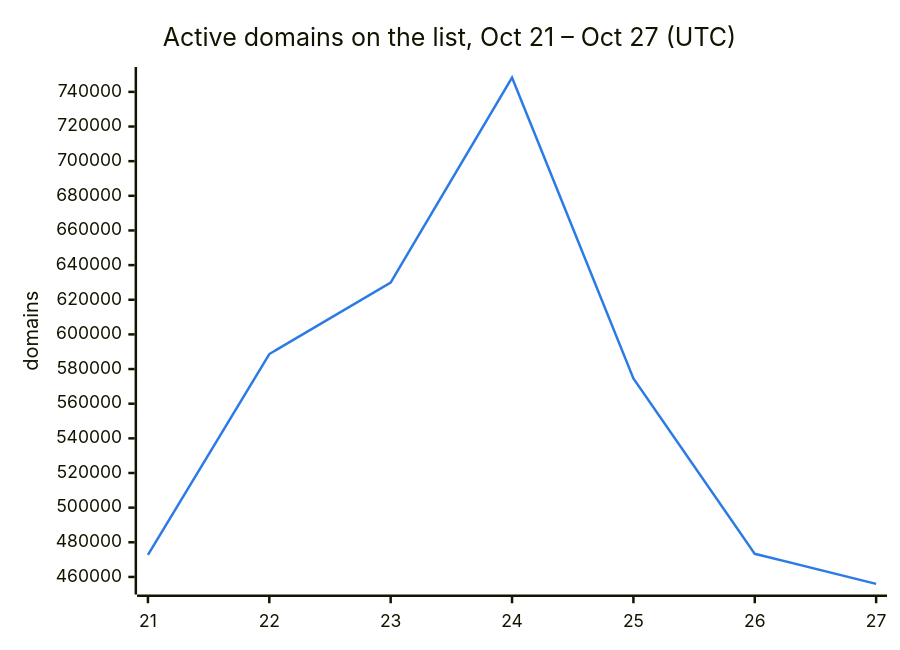
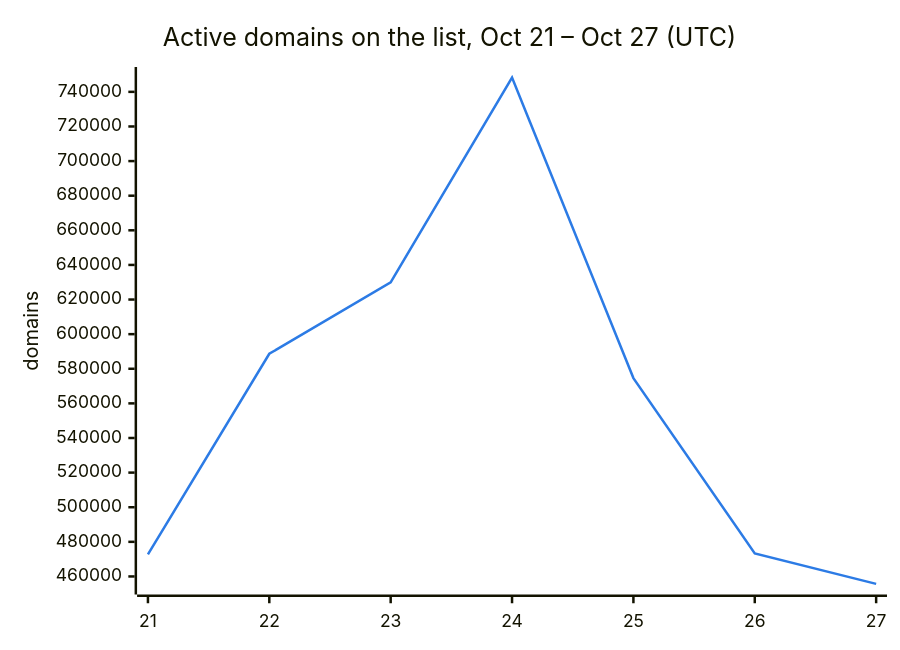
The second of 3 diagrams in README.md (DNSBunker/CTI), drawn with Mermaid before and after one commit. The commit also changed other lines of this file and 3 other files, not shown here.

````diff
--- a/README.md
+++ b/README.md
@@ -38,8 +38,8 @@
 ```mermaid
 %%{init: {"themeVariables": {"xyChart": {"plotColorPalette": "#2c7be5"}}}}%%
 xychart-beta
     title "Active domains on the list, Oct 21 – Oct 27 (UTC)"
     x-axis ["21", "22", "23", "24", "25", "26", "27"]
     y-axis "domains"
-    line [472713, 588659, 629951, 748222, 574614, 473331, 455992]
+    line [472713, 588659, 629951, 748222, 574614, 473331, 455709]
 ```
````
